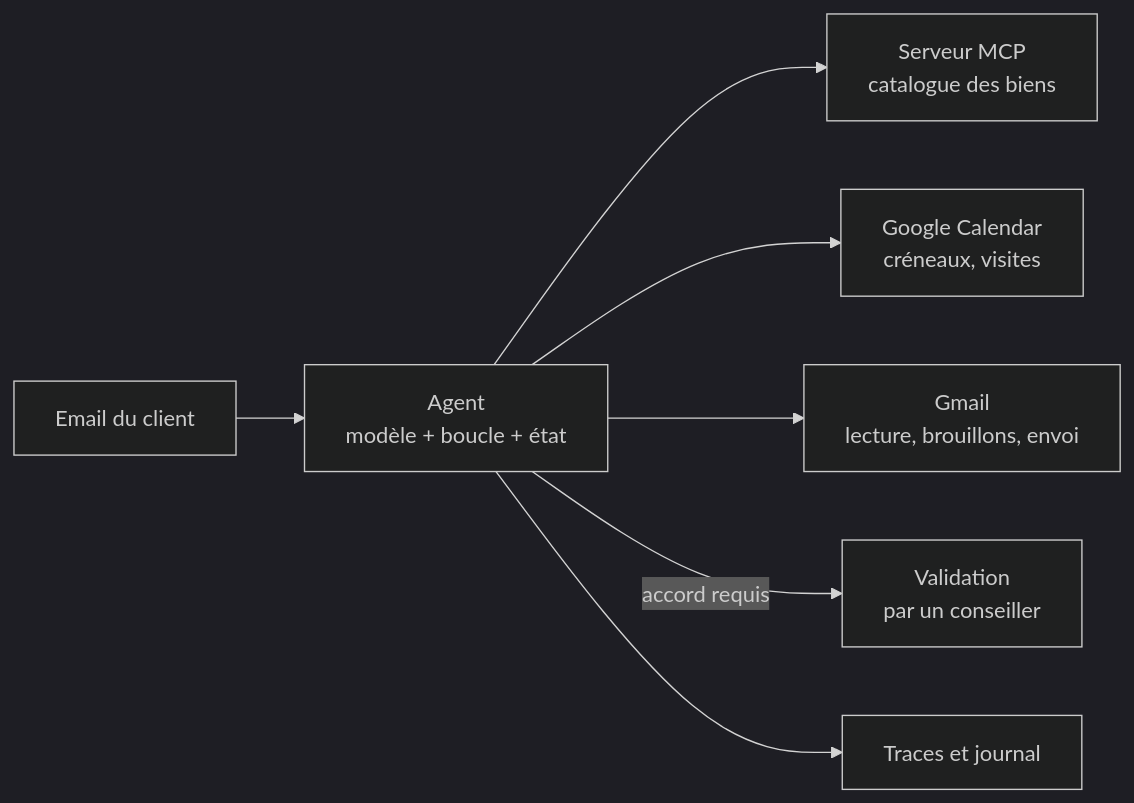
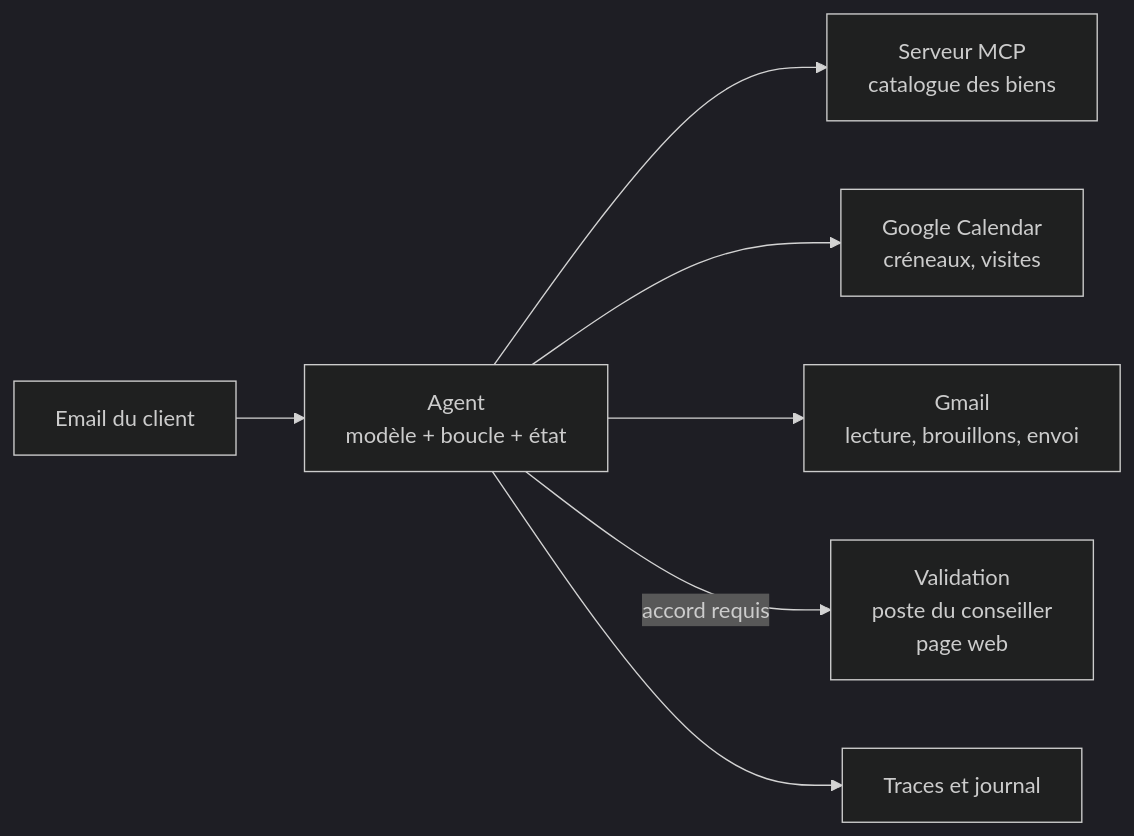
Before and after one commit to Mayra-99/Atelier-Sama-K-r-Immobilier: the first of 3 diagrams in README.md, drawn with Mermaid (dark theme). The commit also changed other lines of this file and 1 other file, not shown here.

Commit message:
README : poste du conseiller et validation non bloquante (interrupt)

````diff
--- a/README.md
+++ b/README.md
@@ -60,9 +61,9 @@
 ```mermaid
 flowchart LR
     C[Email du client] --> A[Agent<br/>modèle + boucle + état]
     A --> M[Serveur MCP<br/>catalogue des biens]
     A --> G[Google Calendar<br/>créneaux, visites]
     A --> E[Gmail<br/>lecture, brouillons, envoi]
-    A -- accord requis --> V[Validation<br/>par un conseiller]
+    A -- accord requis --> V[Validation<br/>poste du conseiller<br/>page web]
     A --> T[Traces et journal]
 ```
````
